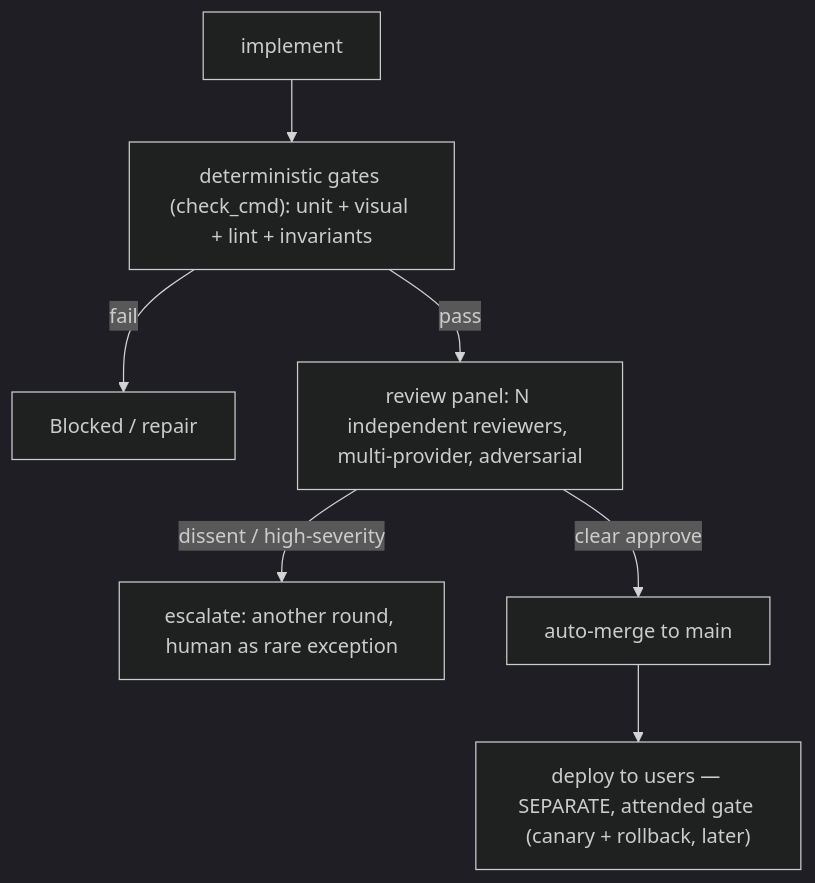
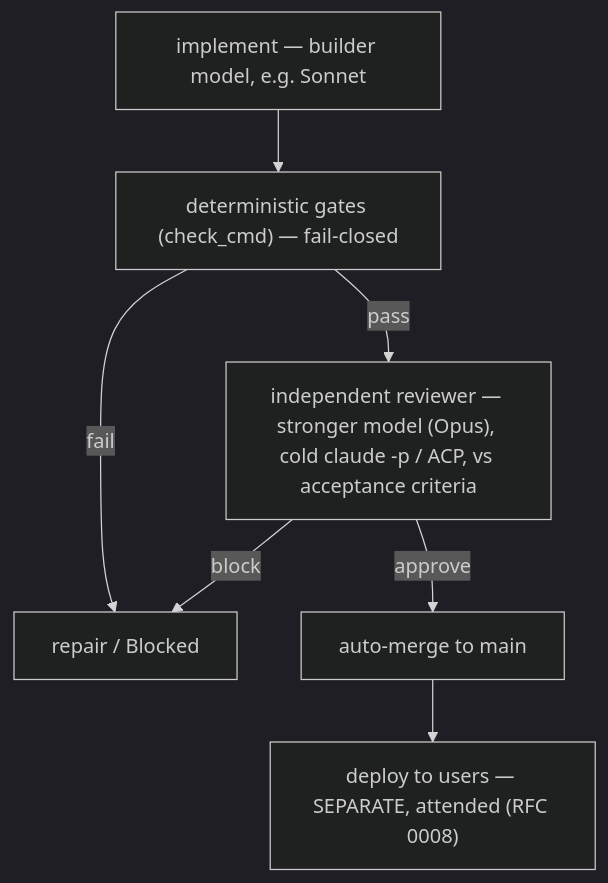
One commit to yellow-robots/factory changed the diagram in docs/rfcs/0007-autonomous-merge.md. Above: the diagram before and after it, drawn with Mermaid (dark theme). The commit also changed other lines of this file, not shown here.

First line of the commit message:
docs(rfcs): 0007 scoped to first iteration — single stronger reviewer

````diff
--- a/docs/rfcs/0007-autonomous-merge.md
+++ b/docs/rfcs/0007-autonomous-merge.md
@@ -25,9 +24,9 @@
 ```mermaid
 flowchart TD
-    A[implement] --> B["deterministic gates (check_cmd): unit + visual + lint + invariants"]
-    B -- fail --> X[Blocked / repair]
-    B -- pass --> C["review panel: N independent reviewers, multi-provider, adversarial"]
-    C -- dissent / high-severity --> E[escalate: another round, human as rare exception]
-    C -- clear approve --> M[auto-merge to main]
-    M --> D["deploy to users — SEPARATE, attended gate (canary + rollback, later)"]
+    A[implement — builder model, e.g. Sonnet] --> B["deterministic gates (check_cmd) — fail-closed"]
+    B -- fail --> R[repair / Blocked]
+    B -- pass --> C["independent reviewer — stronger model (Opus), cold claude -p / ACP, vs acceptance criteria"]
+    C -- block --> R
+    C -- approve --> M[auto-merge to main]
+    M --> D["deploy to users — SEPARATE, attended (RFC 0008)"]
 ```
````
